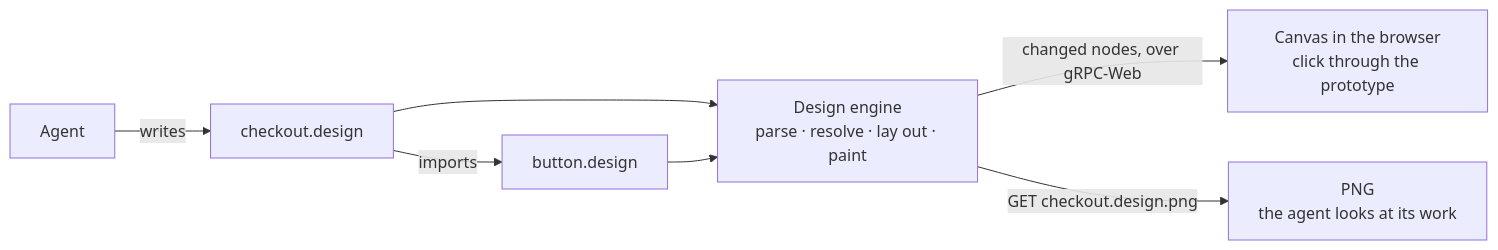
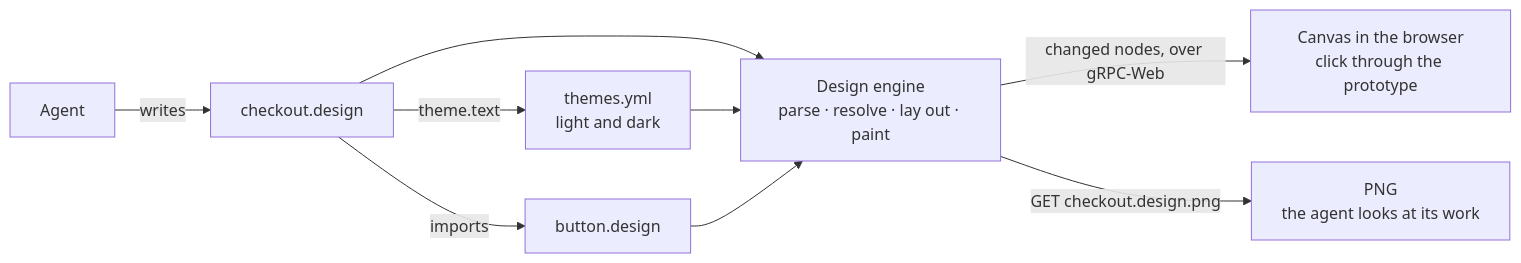
Before and after one commit to andrei512/devpage: the diagram in docs/boxes/viewer/designs/README.md, drawn with Mermaid. The commit also changed other lines of this file and 8 other files, not shown here.

First line of the commit message:
Design: designs have light and dark themes from themes.yml

````diff
--- a/docs/boxes/viewer/designs/README.md
+++ b/docs/boxes/viewer/designs/README.md
@@ -12,10 +12,13 @@
 ```mermaid
 flowchart LR
   agent["Agent"] -->|"writes"| file["checkout.design"]
   file -->|"imports"| button["button.design"]
-  file --> engine["Design engine<br/>parse · resolve · lay out · paint"]
+  file -->|"theme.text"| themes["themes.yml<br/>light and dark"]
+  file --> engine
+  themes --> engine["Design engine<br/>parse · resolve · lay out · paint"]
   button --> engine
   engine -->|"changed nodes, over gRPC-Web"| canvas["Canvas in the browser<br/>click through the prototype"]
   engine -->|"GET checkout.design.png"| png["PNG<br/>the agent looks at its work"]
   click engine href "../design-engine/README.md" "The design engine"
+  click themes href "#themes" "Themes"
 ```
````
